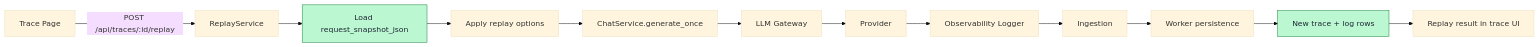
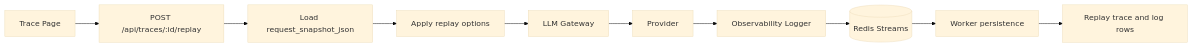
The third of 4 diagrams in README.md (Gupta2708/InferLens), drawn with Mermaid (base theme) before and after one commit. The commit also changed other lines of this file, not shown here.

````diff
--- a/README.md
+++ b/README.md
@@ -134,15 +106,12 @@
 ```mermaid
 flowchart LR
-    T[Trace Page] -->|POST /api/traces/:id/replay| RS[ReplayService]
-    RS --> SNAP[Load request_snapshot_json]
-    SNAP --> MUT[Apply replay options]
-    MUT --> GEN[ChatService.generate_once]
-    GEN --> GW[LLM Gateway] --> P[Provider]
-    P --> LOG[Observability Logger] --> Q[Ingestion]
-    Q --> WK[Worker persistence]
-    WK --> NEW[New trace + log rows]
-    NEW --> T2[Replay result in trace UI]
-
-    classDef safe fill:#bbf7d0,stroke:#15803d,color:#1f2937;
-    class SNAP,NEW safe;
+    Trace[Trace Page] --> ReplayAPI[POST /api/traces/:id/replay]
+    ReplayAPI --> Snapshot[Load request_snapshot_json]
+    Snapshot --> Options[Apply replay options]
+    Options --> Gateway[LLM Gateway]
+    Gateway --> Provider[Provider]
+    Provider --> Logger[Observability Logger]
+    Logger --> Redis[(Redis Streams)]
+    Redis --> Worker[Worker persistence]
+    Worker --> Result[Replay trace and log rows]
 ```
````
